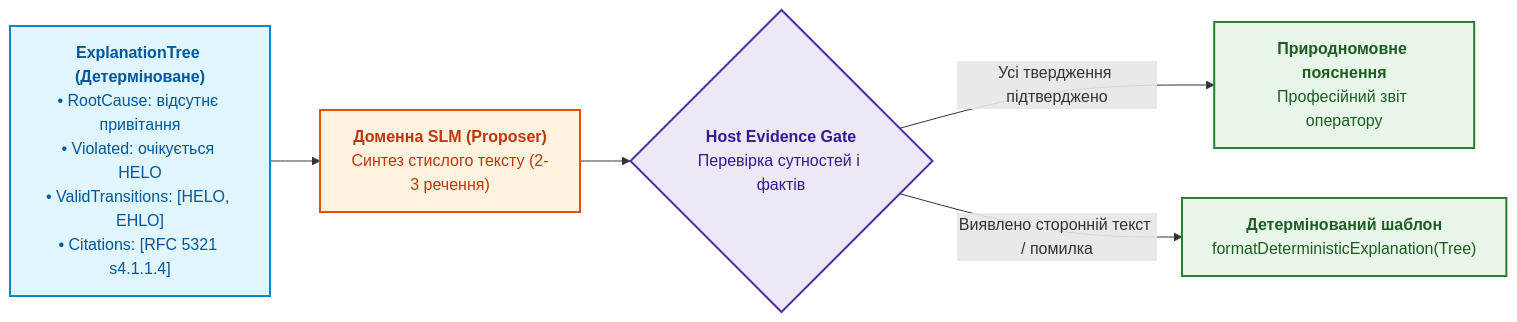
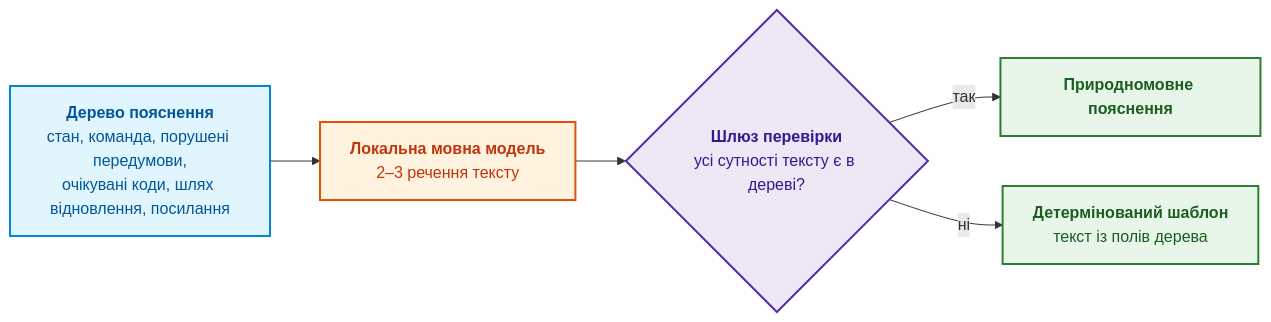
One commit to nick-fedchik/articles changed the sixth of 6 diagrams in ExpertSystem/ch20-explanation-engine.md. Above: the diagram before and after it, drawn with Mermaid. The commit also changed other lines of this file, not shown here.

````diff
--- a/ExpertSystem/ch20-explanation-engine.md
+++ b/ExpertSystem/ch20-explanation-engine.md
@@ -330,21 +397,20 @@
 ```mermaid
 flowchart LR
-    accTitle: Контур синтезу пояснень Q3
-    accDescr: Трансляція верифікованого дерева пояснень у природну мову через локальну SLM під наглядом Host Evidence Gate.
+    accTitle: Синтез природномовного пояснення поверх перевіреного дерева
+    accDescr: Детерміноване дерево пояснення передається локальній мовній моделі, текст моделі перевіряє шлюз, і за будь-якої розбіжності користувач отримує детермінований шаблон.
 
-    Tree["<b>ExplanationTree (Детерміноване)</b><br/>• RootCause: відсутнє привітання<br/>• Violated: очікується HELO<br/>• ValidTransitions: [HELO, EHLO]<br/>• Citations: [RFC 5321 s4.1.1.4]"] --> SLM["<b>Доменна SLM (Proposer)</b><br/>Синтез стислого тексту (2-3 речення)"]
-    SLM --> Gate{"<b>Host Evidence Gate</b><br/>Перевірка сутностей і фактів"}
-    
-    Gate -->|"Усі твердження підтверджено"| NL["<b>Природномовне пояснення</b><br/>Професійний звіт оператору"]
-    Gate -->|"Виявлено сторонній текст / помилка"| Fallback["<b>Детермінований шаблон</b><br/>formatDeterministicExplanation(Tree)"]
+    Tree["<b>Дерево пояснення</b><br/>стан, команда, порушені передумови,<br/>очікувані коди, шлях відновлення, посилання"] --> SLM["<b>Локальна мовна модель</b><br/>2–3 речення тексту"]
+    SLM --> Gate{"<b>Шлюз перевірки</b><br/>усі сутності тексту є в дереві?"}
+    Gate -->|так| NL["<b>Природномовне пояснення</b>"]
+    Gate -->|ні| Fallback["<b>Детермінований шаблон</b><br/>текст із полів дерева"]
 
     classDef dt fill:#e1f5fe,stroke:#0288d1,stroke-width:2px,color:#01579b;
     classDef ai fill:#fff3e0,stroke:#e65100,stroke-width:2px,color:#bf360c;
     classDef gate fill:#ede7f6,stroke:#512da8,stroke-width:2px,color:#311b92;
     classDef out fill:#e8f5e9,stroke:#2e7d32,stroke-width:2px,color:#1b5e20;
 
     class Tree dt;
     class SLM ai;
     class Gate gate;
     class NL,Fallback out;
 ```
````
